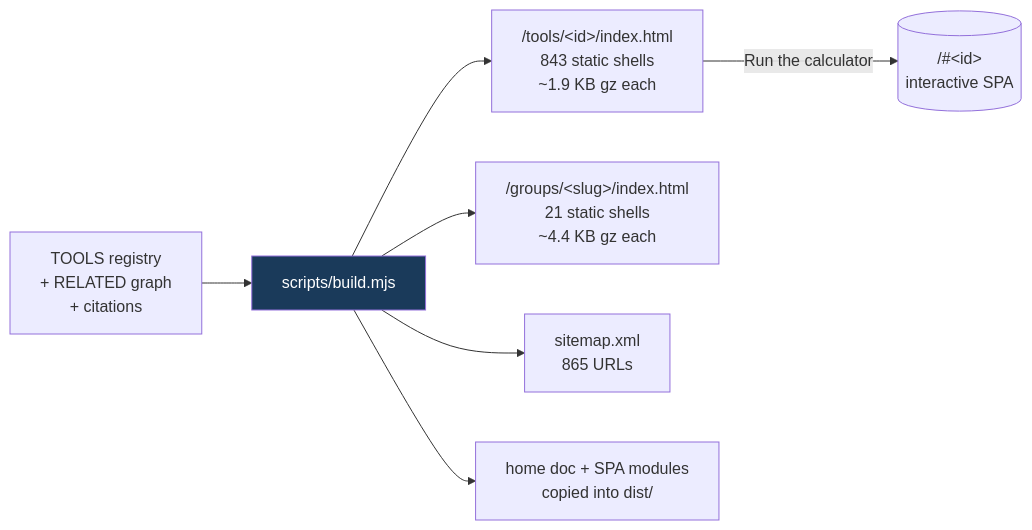
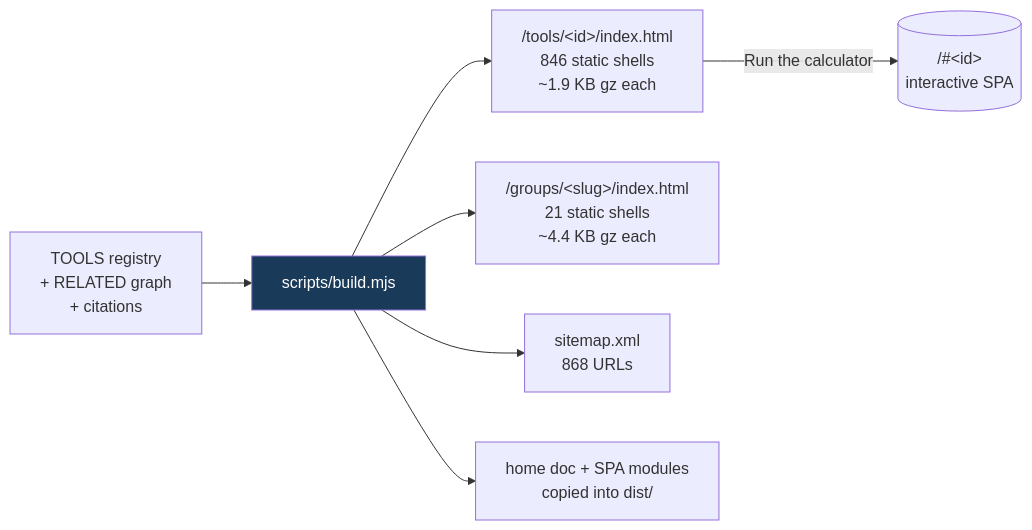
Before and after one commit to clay-good/roughlogic.com: the fifth of 8 diagrams in README.md, drawn with Mermaid. The commit also changed other lines of this file and 19 other files, not shown here.

````diff
--- a/README.md
+++ b/README.md
@@ -495,10 +495,10 @@
 ```mermaid
 flowchart LR
     SRC[TOOLS registry\n+ RELATED graph\n+ citations] --> BUILD[scripts/build.mjs]
-    BUILD --> TILE["/tools/&lt;id&gt;/index.html\n843 static shells\n~1.9 KB gz each"]
+    BUILD --> TILE["/tools/&lt;id&gt;/index.html\n846 static shells\n~1.9 KB gz each"]
     BUILD --> GROUP["/groups/&lt;slug&gt;/index.html\n21 static shells\n~4.4 KB gz each"]
-    BUILD --> MAP["sitemap.xml\n865 URLs"]
+    BUILD --> MAP["sitemap.xml\n868 URLs"]
     BUILD --> COPY[home doc + SPA modules\ncopied into dist/]
     TILE -->|Run the calculator| SPA[("/#&lt;id&gt;\ninteractive SPA")]
     style BUILD fill:#1a3a5a,color:#fff
 ```
````
